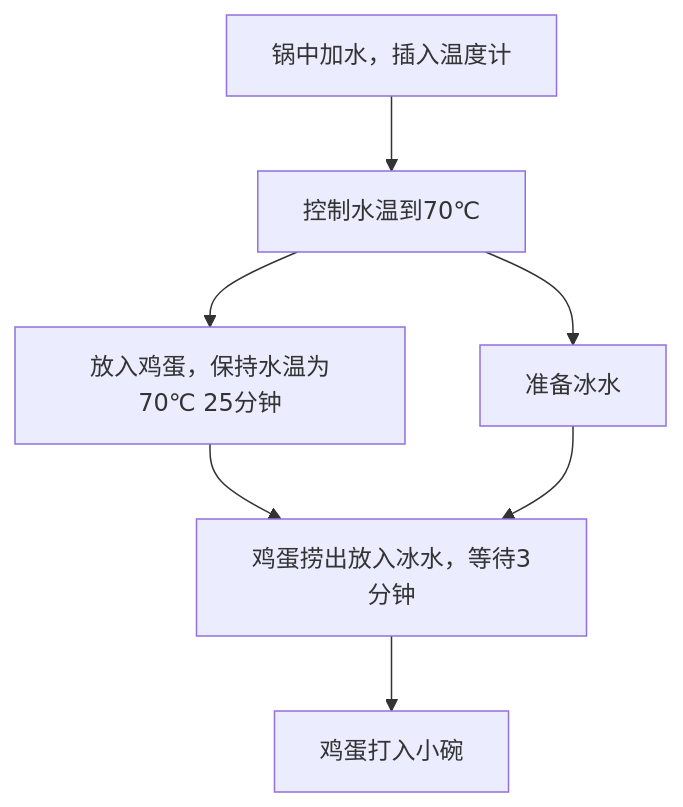
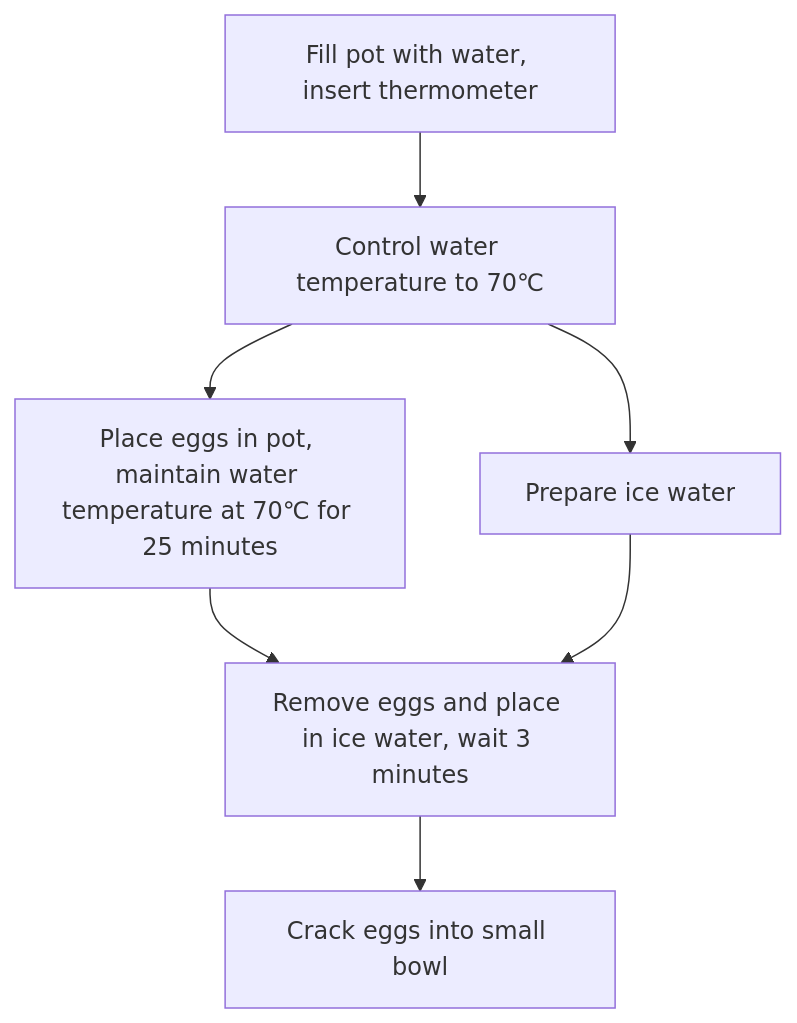
Before and after one commit to Teygeta/HowToCook-en: the diagram in dishes-en/breakfast/温泉蛋/温泉蛋.md, drawn with Mermaid. The commit also changed other lines of this file and 20 other files, not shown here.

````diff
--- a/dishes-en/breakfast/温泉蛋/温泉蛋.md
+++ b/dishes-en/breakfast/温泉蛋/温泉蛋.md
@@ -45,9 +45,9 @@
 ``` mermaid
 graph TD
-    A[锅中加水，插入温度计] --> B[控制水温到70℃]
-    B --> C[放入鸡蛋，保持水温为70℃ 25分钟]
-    B --> D[准备冰水]
+    A[Fill pot with water, insert thermometer] --> B[Control water temperature to 70℃]
+    B --> C[Place eggs in pot, maintain water temperature at 70℃ for 25 minutes]
+    B --> D[Prepare ice water]
     C --> E
-    D --> E[鸡蛋捞出放入冰水，等待3分钟]
-    E --> F[鸡蛋打入小碗]
+    D --> E[Remove eggs and place in ice water, wait 3 minutes]
+    E --> F[Crack eggs into small bowl]
 ```
````
